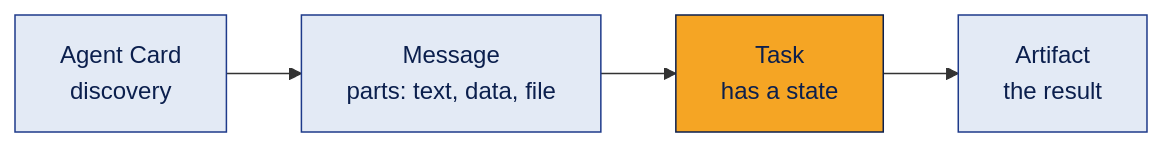
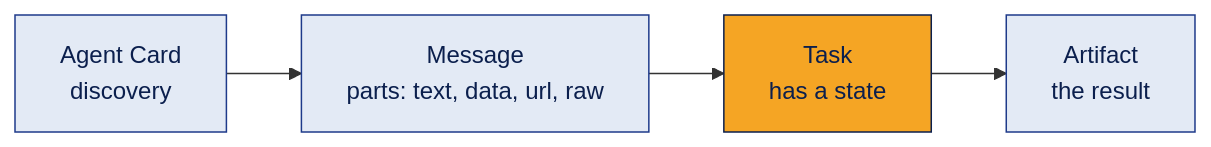
The second of 3 diagrams in README.md (charanbabareddy-dot/a2a-protocol-demo), drawn with Mermaid before and after one commit. The commit also changed other lines of this file and 6 other files, not shown here.

````diff
--- a/README.md
+++ b/README.md
@@ -46,8 +51,8 @@
 ```mermaid
 flowchart LR
-    A[Agent Card<br/>discovery]:::box --> B[Message<br/>parts: text, data, file]:::box
+    A[Agent Card<br/>discovery]:::box --> B[Message<br/>parts: text, data, url, raw]:::box
     B --> C[Task<br/>has a state]:::hi
     C --> D[Artifact<br/>the result]:::box
     classDef box fill:#E3EAF5,stroke:#1E3A8A,color:#0B1F4D
     classDef hi fill:#F5A524,stroke:#0B1F4D,color:#0B1F4D
 ```
````
